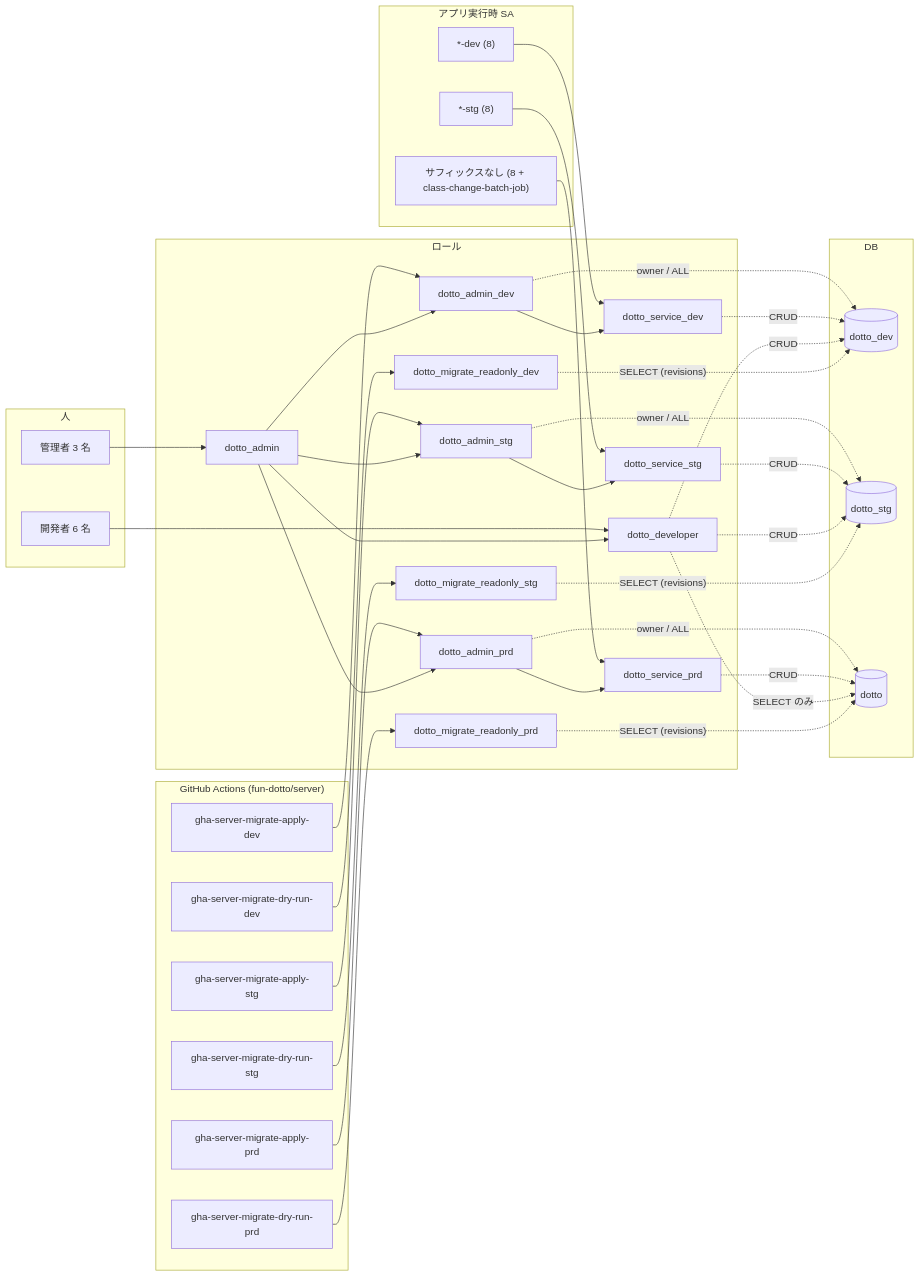
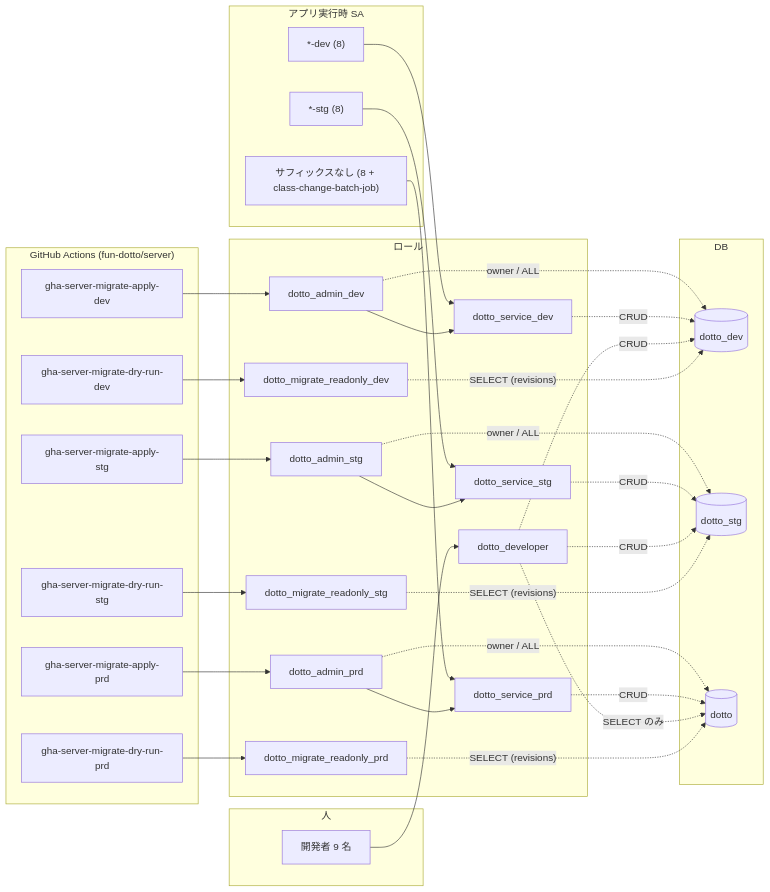
The second of 2 diagrams in docs/postgresql_roles.md (fun-dotto/infra), drawn with Mermaid before and after one commit. The commit also changed other lines of this file and 3 other files, not shown here.

First line of the commit message:
PostgreSQL の dotto_admin ロールを廃止する (#107)

````diff
--- a/docs/postgresql_roles.md
+++ b/docs/postgresql_roles.md
@@ -128,71 +118,67 @@
 ```mermaid
 flowchart LR
     subgraph gha["GitHub Actions (fun-dotto/server)"]
         apply_dev[gha-server-migrate-apply-dev]
         apply_stg[gha-server-migrate-apply-stg]
         apply_prd[gha-server-migrate-apply-prd]
         dry_dev[gha-server-migrate-dry-run-dev]
         dry_stg[gha-server-migrate-dry-run-stg]
         dry_prd[gha-server-migrate-dry-run-prd]
     end
 
     subgraph runtime["アプリ実行時 SA"]
         svc_dev["*-dev (8)"]
         svc_stg["*-stg (8)"]
         svc_prd["サフィックスなし (8 + class-change-batch-job)"]
     end
 
     subgraph people["人"]
-        admins["管理者 3 名"]
-        devs["開発者 6 名"]
+        devs["開発者 9 名"]
     end
 
     subgraph roles["ロール"]
-        dotto_admin
         dotto_developer
         admin_dev[dotto_admin_dev]
         admin_stg[dotto_admin_stg]
         admin_prd[dotto_admin_prd]
         service_dev[dotto_service_dev]
         readonly_dev[dotto_migrate_readonly_dev]
         service_stg[dotto_service_stg]
         readonly_stg[dotto_migrate_readonly_stg]
         service_prd[dotto_service_prd]
         readonly_prd[dotto_migrate_readonly_prd]
     end
 
     subgraph dbs["DB"]
         db_dev[(dotto_dev)]
         db_stg[(dotto_stg)]
         db_prd[(dotto)]
     end
 
     apply_dev --> admin_dev
     apply_stg --> admin_stg
     apply_prd --> admin_prd
     svc_dev --> service_dev
     svc_stg --> service_stg
     svc_prd --> service_prd
-    admins --> dotto_admin
     devs --> dotto_developer
-    dotto_admin --> admin_dev & admin_stg & admin_prd & dotto_developer
     admin_dev --> service_dev
     admin_stg --> service_stg
     admin_prd --> service_prd
 
     admin_dev -. owner / ALL .-> db_dev
     admin_stg -. owner / ALL .-> db_stg
     admin_prd -. owner / ALL .-> db_prd
     service_dev -. CRUD .-> db_dev
     service_stg -. CRUD .-> db_stg
     service_prd -. CRUD .-> db_prd
     dotto_developer -. "CRUD" .-> db_dev
     dotto_developer -. "CRUD" .-> db_stg
     dotto_developer -. "SELECT のみ" .-> db_prd
     dry_dev --> readonly_dev
     dry_stg --> readonly_stg
     dry_prd --> readonly_prd
     readonly_dev -. "SELECT (revisions)" .-> db_dev
     readonly_stg -. "SELECT (revisions)" .-> db_stg
     readonly_prd -. "SELECT (revisions)" .-> db_prd
 ```
````
